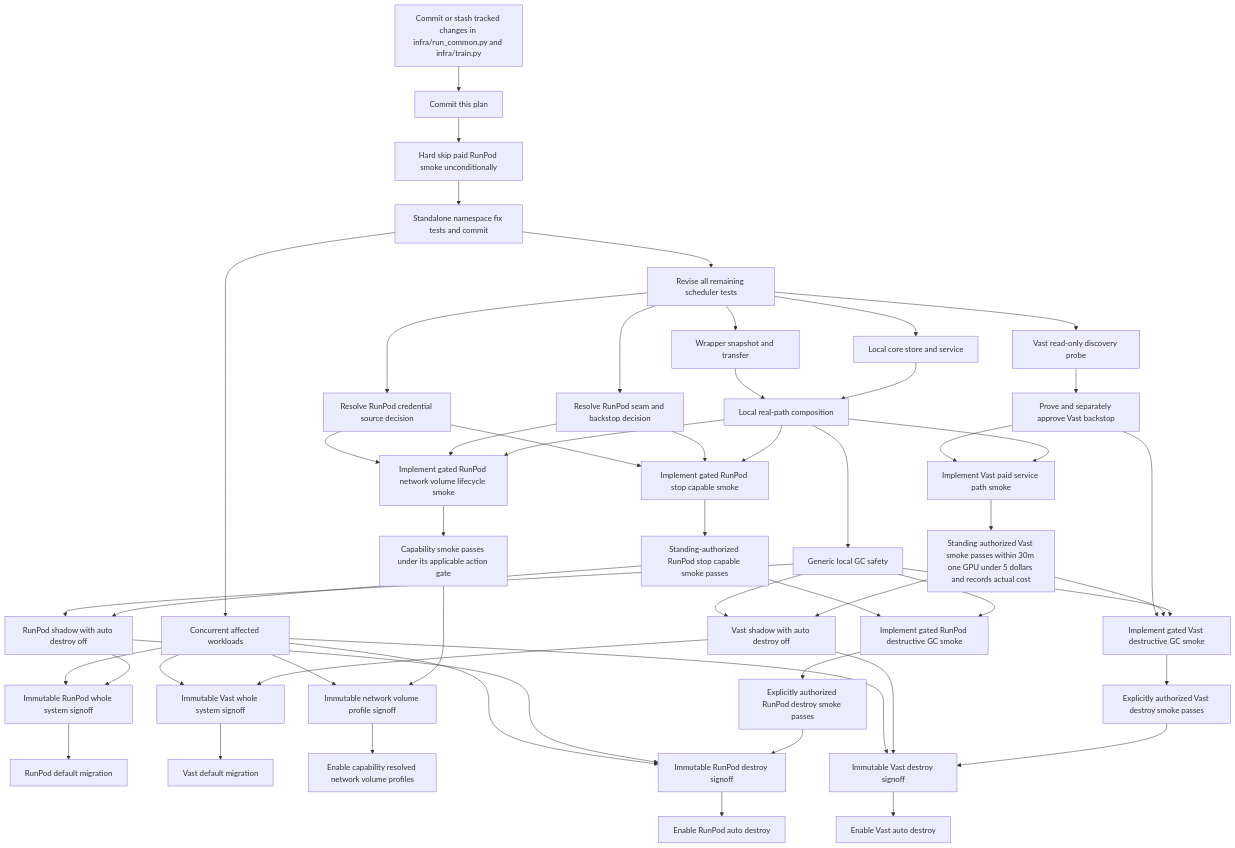
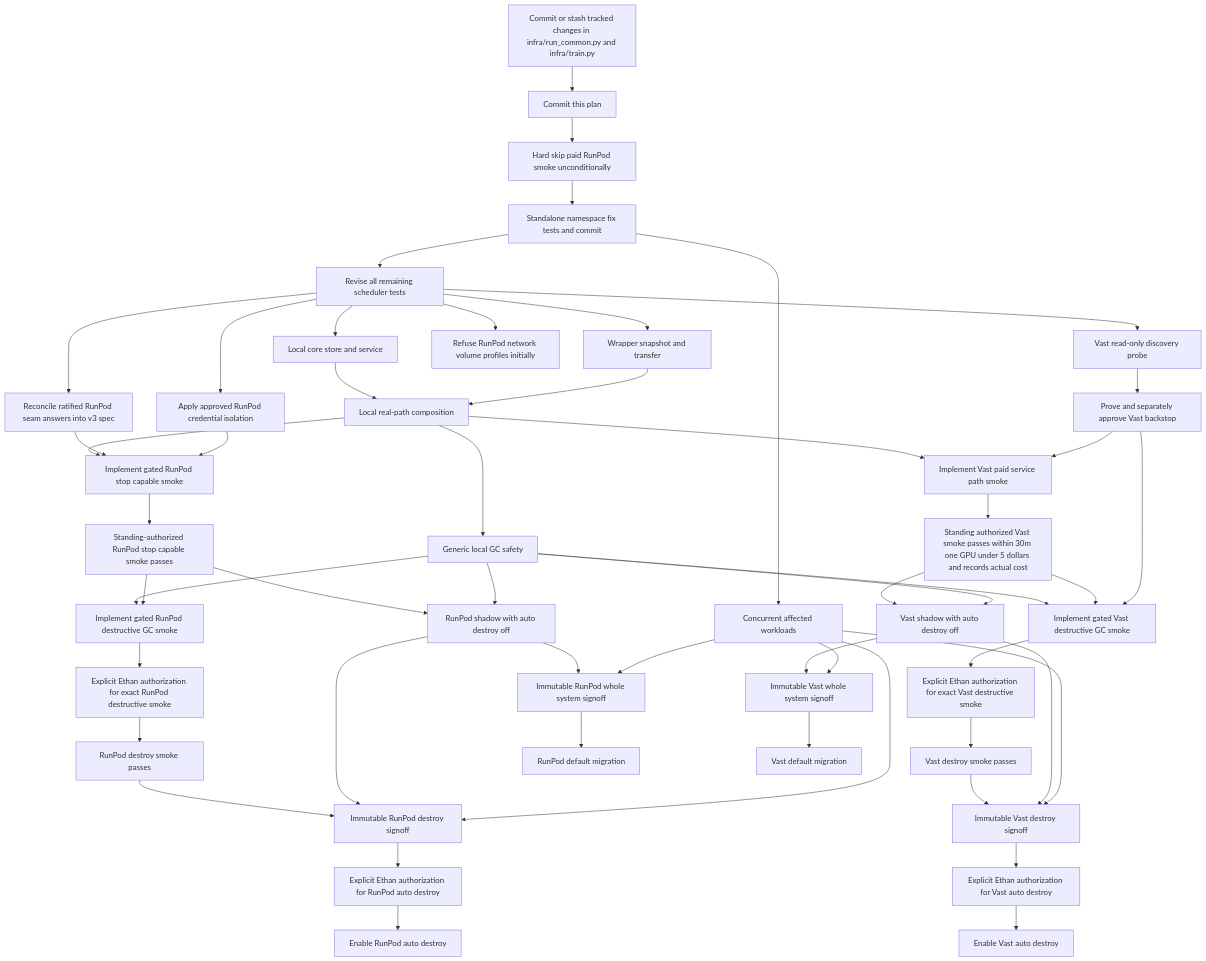
Before and after one commit to ethanelasky/debate: the ninth of 9 diagrams in docs/job_scheduler.md, drawn with Mermaid. The commit also changed other lines of this file, not shown here.

````diff
--- a/docs/job_scheduler.md
+++ b/docs/job_scheduler.md
@@ -500,56 +633,54 @@
 ```mermaid
 flowchart TD
     D[Commit or stash tracked changes in infra/run_common.py and infra/train.py] --> P[Commit this plan]
     P --> H[Hard skip paid RunPod smoke unconditionally]
     H --> N[Standalone namespace fix tests and commit]
     N --> R[Revise all remaining scheduler tests]
     R --> C[Local core store and service]
     R --> T[Wrapper snapshot and transfer]
     C --> L[Local real-path composition]
     T --> L
     R --> V0[Vast read-only discovery probe]
     V0 --> VB[Prove and separately approve Vast backstop]
-    R --> RB[Resolve RunPod seam and backstop decision]
-    R --> RC[Resolve RunPod credential source decision]
+    R --> RB[Reconcile ratified RunPod seam answers into v3 spec]
+    R --> RC[Apply approved RunPod credential isolation]
     L --> RI[Implement gated RunPod stop capable smoke]
     RB --> RI
     RC --> RI
     RI --> RP[Standing-authorized RunPod stop capable smoke passes]
-    L --> RNI[Implement gated RunPod network volume lifecycle smoke]
-    RB --> RNI
-    RC --> RNI
-    RNI --> RNP[Capability smoke passes under its applicable action gate]
+    R --> RNB[Refuse RunPod network volume profiles initially]
     L --> G[Generic local GC safety]
     L --> VI[Implement Vast paid service path smoke]
     VB --> VI
     VI --> VP[Standing authorized Vast smoke passes within 30m one GPU under 5 dollars and records actual cost]
     G --> RD[Implement gated RunPod destructive GC smoke]
     RP --> RD
-    RD --> RDP[Explicitly authorized RunPod destroy smoke passes]
+    RD --> RDA[Explicit Ethan authorization for exact RunPod destructive smoke]
+    RDA --> RDP[RunPod destroy smoke passes]
     G --> VD[Implement gated Vast destructive GC smoke]
     VP --> VD
     VB --> VD
-    VD --> VDP[Explicitly authorized Vast destroy smoke passes]
+    VD --> VDA[Explicit Ethan authorization for exact Vast destructive smoke]
+    VDA --> VDP[Vast destroy smoke passes]
     RP --> SHR[RunPod shadow with auto destroy off]
     G --> SHR
     VP --> SHV[Vast shadow with auto destroy off]
     G --> SHV
     N --> W[Concurrent affected workloads]
     SHR --> SR[Immutable RunPod whole system signoff]
     W --> SR
     SR --> DMR[RunPod default migration]
     SHV --> SV[Immutable Vast whole system signoff]
     W --> SV
     SV --> DMV[Vast default migration]
-    RNP --> SN[Immutable network volume profile signoff]
-    W --> SN
-    SN --> NW[Enable capability resolved network volume profiles]
     RDP --> SDR[Immutable RunPod destroy signoff]
     SHR --> SDR
     W --> SDR
-    SDR --> AD[Enable RunPod auto destroy]
+    SDR --> EAR[Explicit Ethan authorization for RunPod auto destroy]
+    EAR --> AD[Enable RunPod auto destroy]
     VDP --> SDV[Immutable Vast destroy signoff]
     SHV --> SDV
     W --> SDV
-    SDV --> AV[Enable Vast auto destroy]
+    SDV --> EAV[Explicit Ethan authorization for Vast auto destroy]
+    EAV --> AV[Enable Vast auto destroy]
 ```
````
